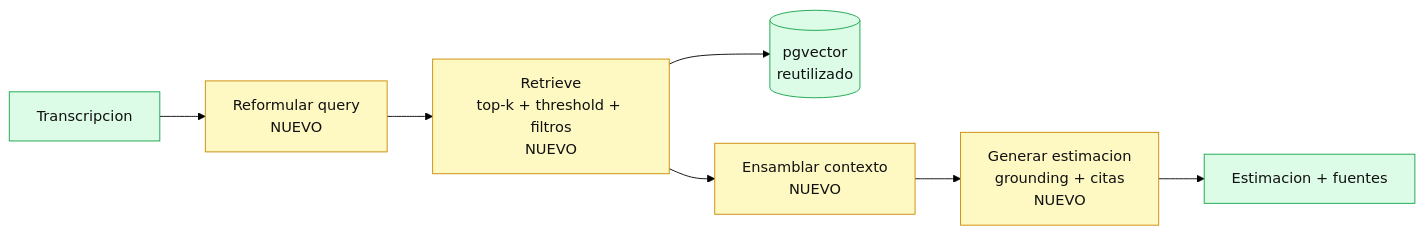
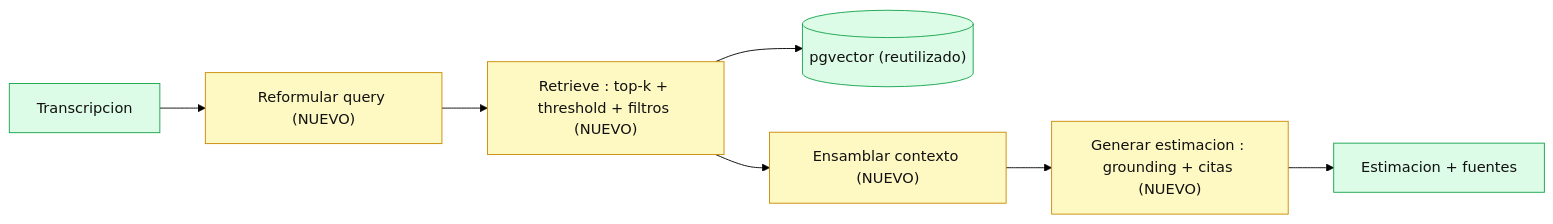
One commit to apelaez-link/ai-engineering-lidr changed the second of 2 diagrams in arquitectura-actual.md. Above: the diagram before and after it, drawn with Mermaid (forest theme). The commit also changed other lines of this file, not shown here.

Commit message:
fix(S09): diagramas legibles — quito <br/> que GitHub ignora (pegaba palabras)

````diff
--- a/arquitectura-actual.md
+++ b/arquitectura-actual.md
@@ -168,14 +168,14 @@
 ```mermaid
 flowchart LR
-  T["Transcripcion"] --> QR["Reformular query<br/>NUEVO"]
-  QR --> RET["Retrieve<br/>top-k + threshold + filtros<br/>NUEVO"]
-  RET --> DB[("pgvector<br/>reutilizado")]
-  RET --> CTX["Ensamblar contexto<br/>NUEVO"]
-  CTX --> GEN["Generar estimacion<br/>grounding + citas<br/>NUEVO"]
+  T["Transcripcion"] --> QR["Reformular query (NUEVO)"]
+  QR --> RET["Retrieve : top-k + threshold + filtros (NUEVO)"]
+  RET --> DB[("pgvector (reutilizado)")]
+  RET --> CTX["Ensamblar contexto (NUEVO)"]
+  CTX --> GEN["Generar estimacion : grounding + citas (NUEVO)"]
   GEN --> OUT["Estimacion + fuentes"]
 
   classDef old fill:#dcfce7,stroke:#16a34a,color:#111
   classDef new fill:#fef9c3,stroke:#ca8a04,color:#111
   class DB,T,OUT old
   class QR,RET,CTX,GEN new
 ```
````
